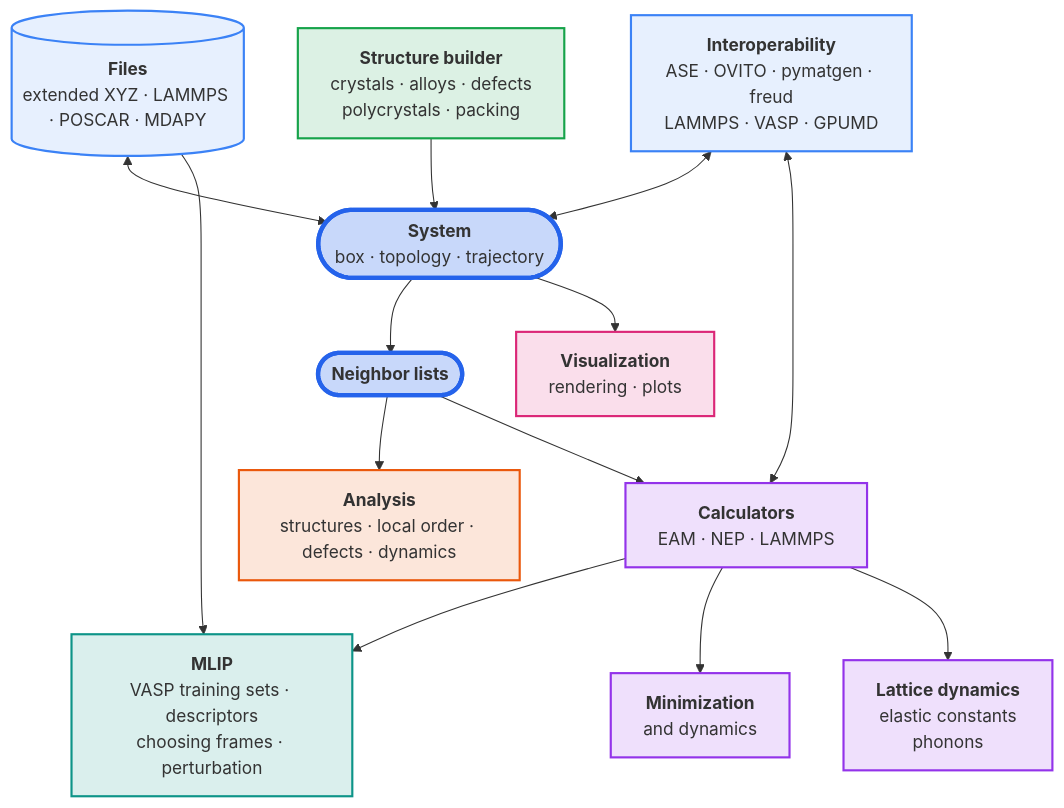
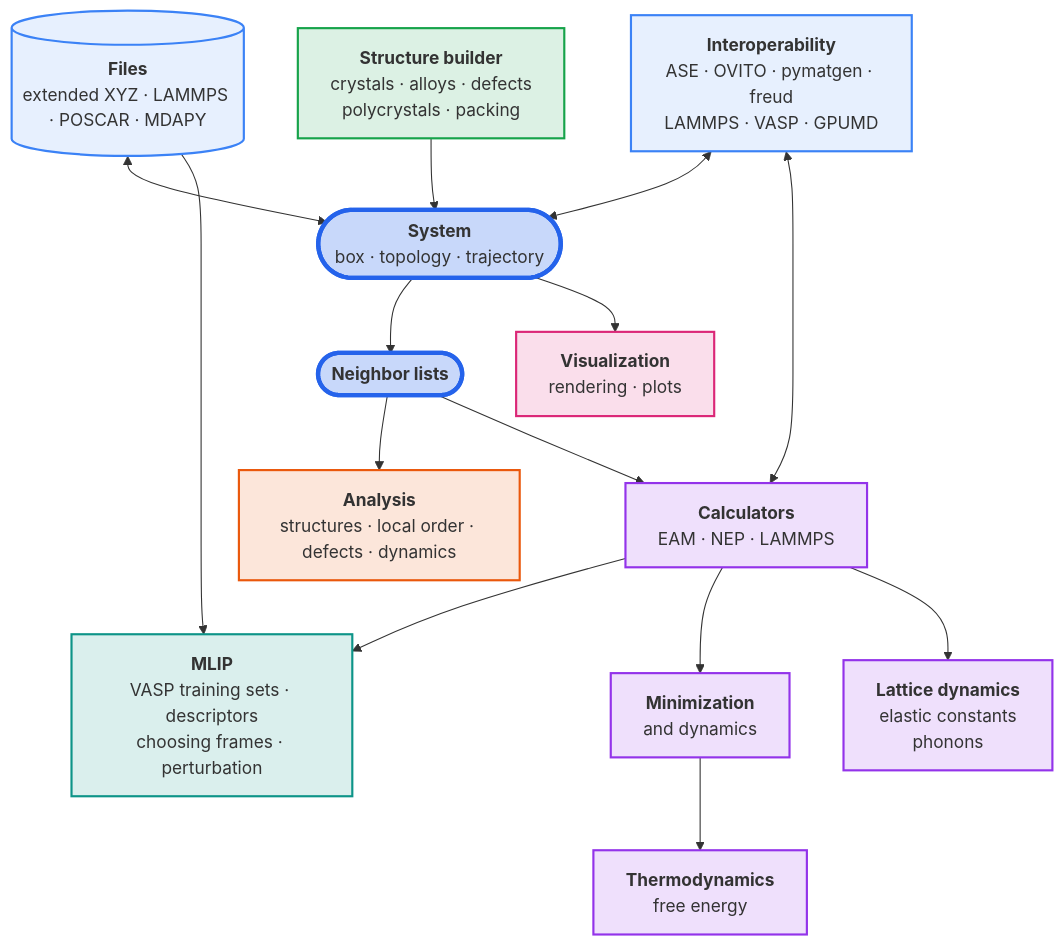
Before and after one commit to mushroomfire/mdapy: the diagram in docs/index.md, drawn with Mermaid. The commit also changed other lines of this file, not shown here.

Commit message:
The home page shows thermodynamics in its map

````diff
--- a/docs/index.md
+++ b/docs/index.md
@@ -26,42 +26,44 @@
 ```mermaid
 flowchart TB
     files[("<b>Files</b><br/>extended XYZ · LAMMPS · POSCAR · MDAPY")]
     build["<b>Structure builder</b><br/>crystals · alloys · defects<br/>polycrystals · packing"]
     system(["<b>System</b><br/>box · topology · trajectory"])
     neighbors(["<b>Neighbor lists</b>"])
     visual["<b>Visualization</b><br/>rendering · plots"]
     mlip["<b>MLIP</b><br/>VASP training sets · descriptors<br/>choosing frames · perturbation"]
     analysis["<b>Analysis</b><br/>structures · local order · defects · dynamics"]
     calculators["<b>Calculators</b><br/>EAM · NEP · LAMMPS"]
     minimization["<b>Minimization</b><br/>and dynamics"]
     lattice["<b>Lattice dynamics</b><br/>elastic constants<br/>phonons"]
+    thermodynamics["<b>Thermodynamics</b><br/>free energy"]
     packages["<b>Interoperability</b><br/>ASE · OVITO · pymatgen · freud<br/>LAMMPS · VASP · GPUMD"]
 
     files <--> system
     build --> system
     packages <--> system
     packages <--> calculators
     system --> neighbors
     system --> visual
     files --> mlip
     calculators --> mlip
     neighbors --> analysis
     neighbors --> calculators
     calculators --> minimization
     calculators --> lattice
+    minimization --> thermodynamics
 
     classDef core fill:#2563eb40,stroke:#2563eb,stroke-width:4px
     classDef data fill:#3b82f61f,stroke:#3b82f6,stroke-width:2px
     classDef analysis fill:#ea580c26,stroke:#ea580c,stroke-width:2px
     classDef simulation fill:#9333ea26,stroke:#9333ea,stroke-width:2px
     classDef build fill:#16a34a26,stroke:#16a34a,stroke-width:2px
     classDef visual fill:#db277726,stroke:#db2777,stroke-width:2px
     classDef mlip fill:#0d948826,stroke:#0d9488,stroke-width:2px
     class system,neighbors core
     class files,packages data
     class analysis analysis
-    class calculators,minimization,lattice simulation
+    class calculators,minimization,lattice,thermodynamics simulation
     class build build
     class visual visual
     class mlip mlip
 ```
````
